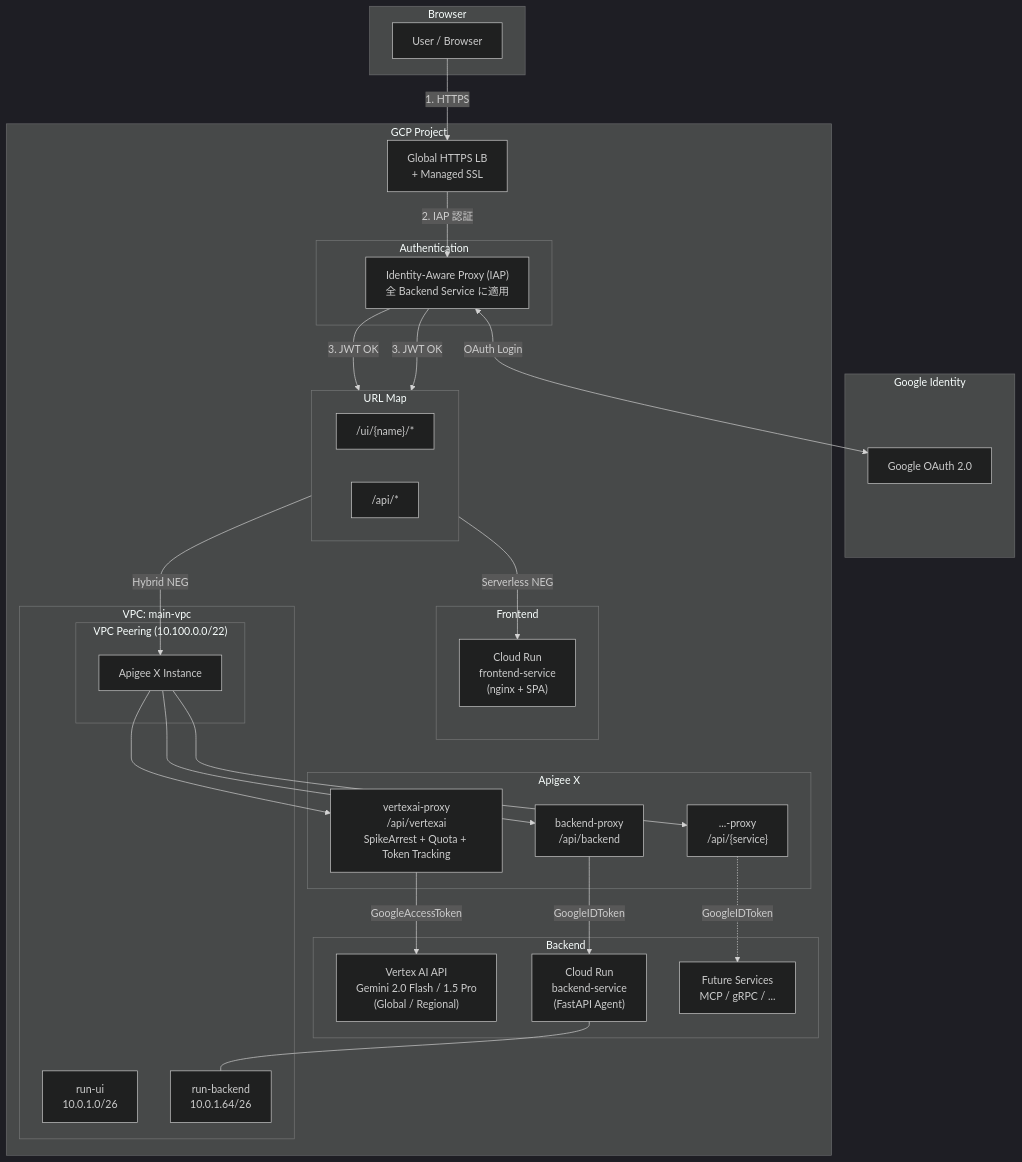
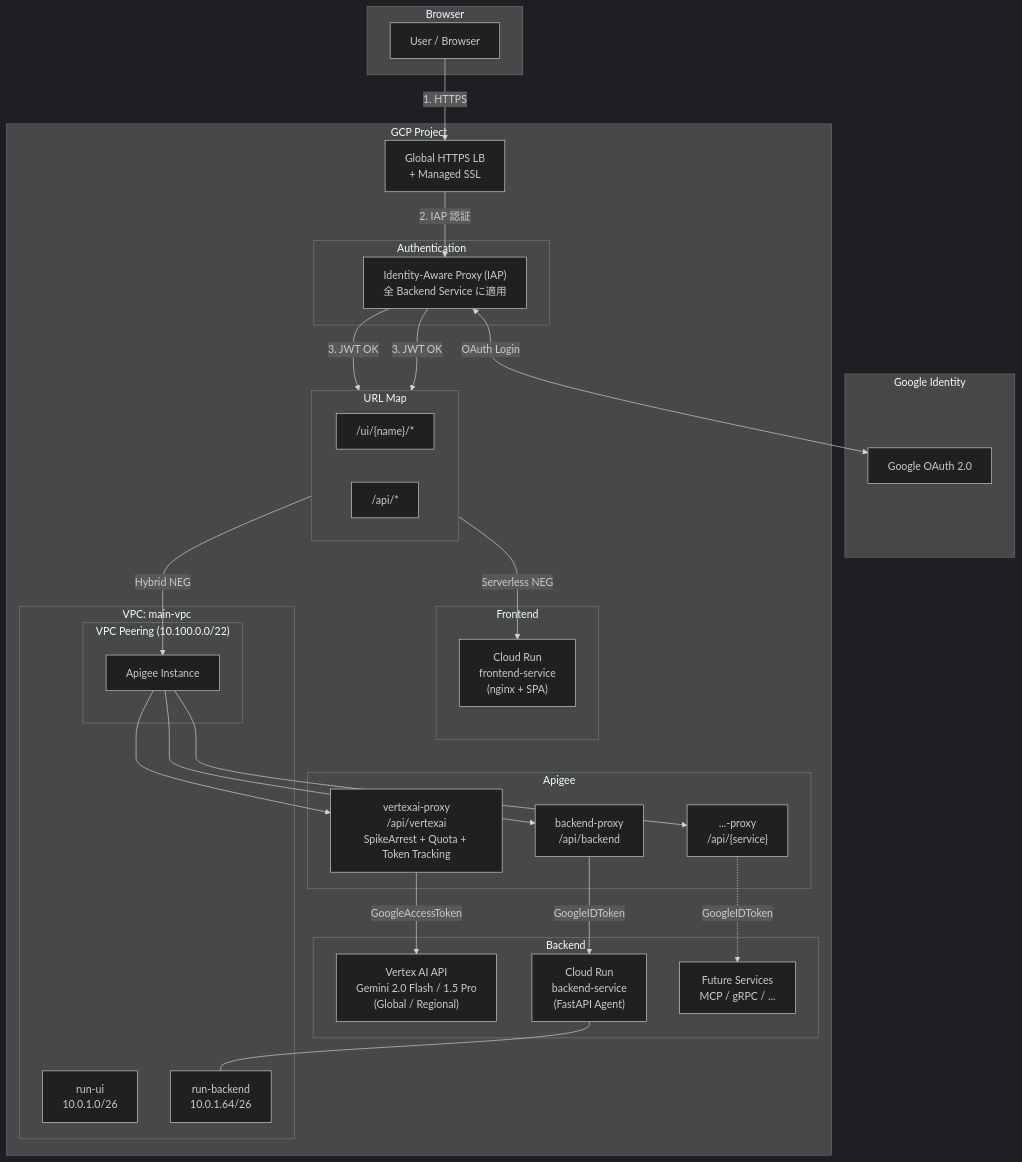
The first of 4 diagrams in README.md (linzhengen/apigee-labs), drawn with Mermaid (dark theme) before and after one commit. The commit also changed other lines of this file and 12 other files, not shown here.

````diff
--- a/README.md
+++ b/README.md
@@ -46,61 +46,61 @@
 ```mermaid
 graph TB
   subgraph Browser
     U[User / Browser]
   end
 
   subgraph Google["Google Identity"]
     GAUTH["Google OAuth 2.0"]
   end
 
   subgraph GCP["GCP Project"]
     LB["Global HTTPS LB<br/>+ Managed SSL"]
 
     subgraph Auth["Authentication"]
       IAP["Identity-Aware Proxy (IAP)<br/>全 Backend Service に適用"]
     end
 
     subgraph URLMap["URL Map"]
       direction LR
       R_UI["/ui/{name}/*"]
       R_API["/api/*"]
     end
 
     subgraph Frontends["Frontend"]
       CR_FE["Cloud Run<br/>frontend-service<br/>(nginx + SPA)"]
     end
 
-    subgraph ApigeeX["Apigee X"]
+    subgraph ApigeeX["Apigee"]
       VP["vertexai-proxy<br/>/api/vertexai<br/>SpikeArrest + Quota + Token Tracking"]
       BP["backend-proxy<br/>/api/backend"]
       SP["...-proxy<br/>/api/{service}"]
     end
 
     subgraph Backends["Backend"]
       VAI["Vertex AI API<br/>Gemini 2.0 Flash / 1.5 Pro<br/>(Global / Regional)"]
       CR_BE["Cloud Run<br/>backend-service<br/>(FastAPI Agent)"]
       Future["Future Services<br/>MCP / gRPC / ..."]
     end
 
     subgraph VPC["VPC: main-vpc"]
       SUB_UI["run-ui<br/>10.0.1.0/26"]
       SUB_BE["run-backend<br/>10.0.1.64/26"]
       subgraph Peering["VPC Peering (10.100.0.0/22)"]
-        AI["Apigee X Instance"]
+        AI["Apigee Instance"]
       end
     end
   end
 
   U -->|"1. HTTPS"| LB
   LB -->|"2. IAP 認証"| IAP
   IAP <-->|"OAuth Login"| GAUTH
   IAP -->|"3. JWT OK"| R_UI & R_API
 
   R_UI -->|Serverless NEG| CR_FE
   R_API -->|Hybrid NEG| AI
   AI --> VP & BP & SP
   VP -->|GoogleAccessToken| VAI
   BP -->|GoogleIDToken| CR_BE
   SP -.->|GoogleIDToken| Future
   CR_BE --- SUB_BE
 ```
````
